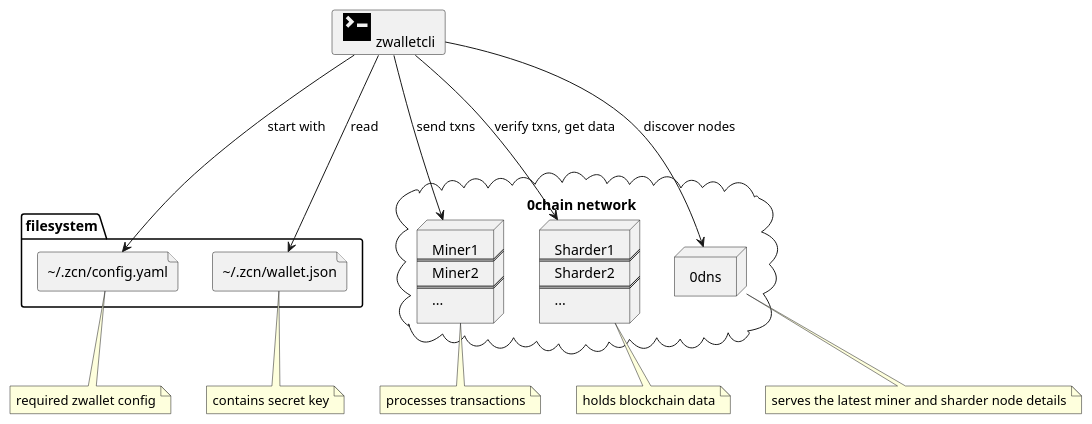
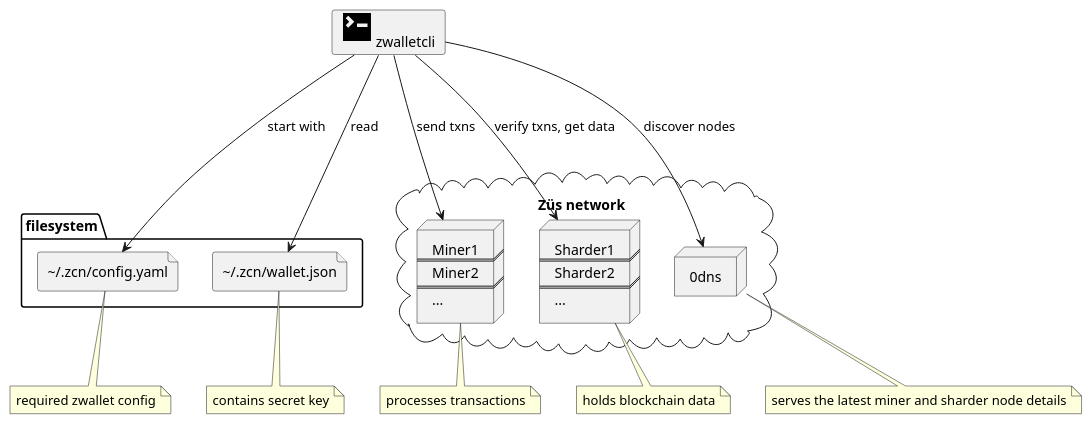
Before and after one commit to 0chain/zwalletcli: the diagram in docs/architecture.puml, drawn with PlantUML.

```diff
--- a/docs/architecture.puml
+++ b/docs/architecture.puml
@@ -1,43 +1,43 @@
 @startuml
 card "<size:42><&terminal></size> zwalletcli" as cli
 
 folder filesystem {
     file "\~/.zcn/config.yaml" as config
     file "\~/.zcn/wallet.json" as wallet
 }
 
-cloud "0chain network" {
+cloud "Züs network" {
 
   node miners [
        Miner1
        ===
        Miner2
        ===
        ...
   ]
 
   node sharders [
        Sharder1
        ===
        Sharder2
        ===
        ...
   ]
 
   node "0dns" as 0dns
 }
 
 cli ---> config: start with
 cli ---> wallet: read
 cli ---> 0dns: discover nodes
 cli ---> miners: send txns
 cli ---> sharders: verify txns, get data
 
 note bottom of config: required zwallet config
 note bottom of wallet: contains secret key
 note bottom of miners: processes transactions
 note bottom of sharders: holds blockchain data
 note bottom of 0dns: serves the latest miner and sharder node details
 
 
 @enduml
```
